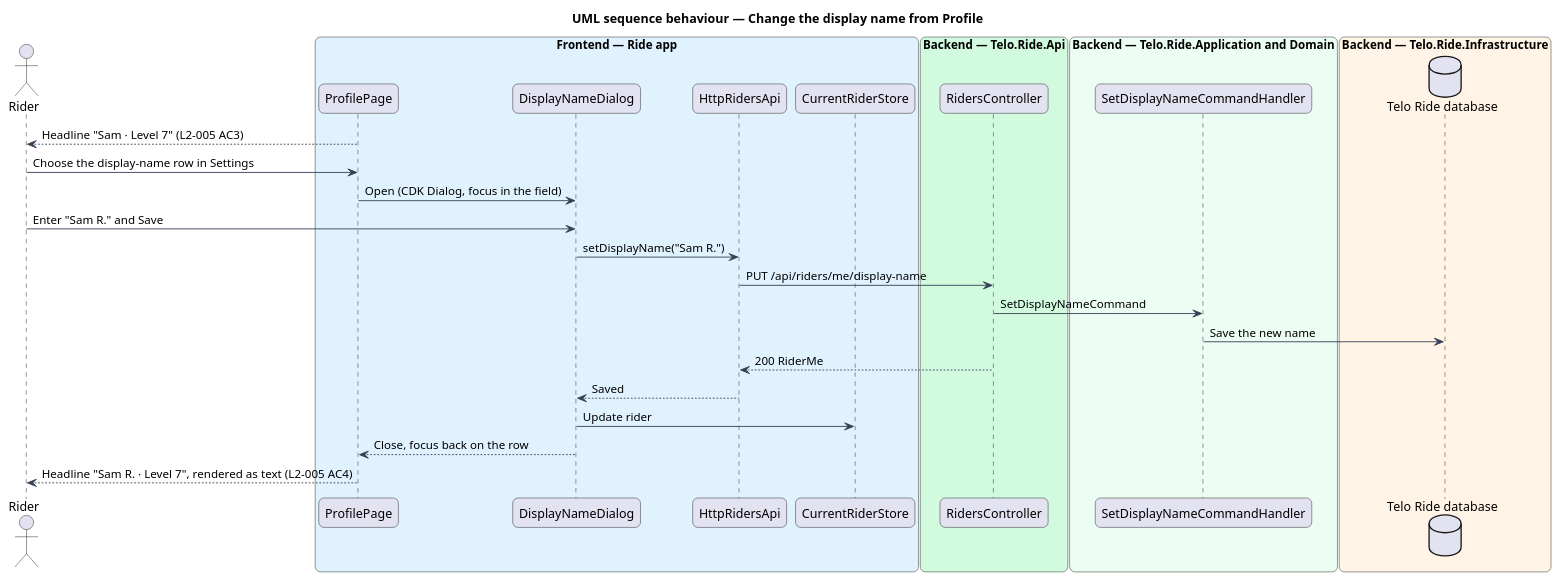
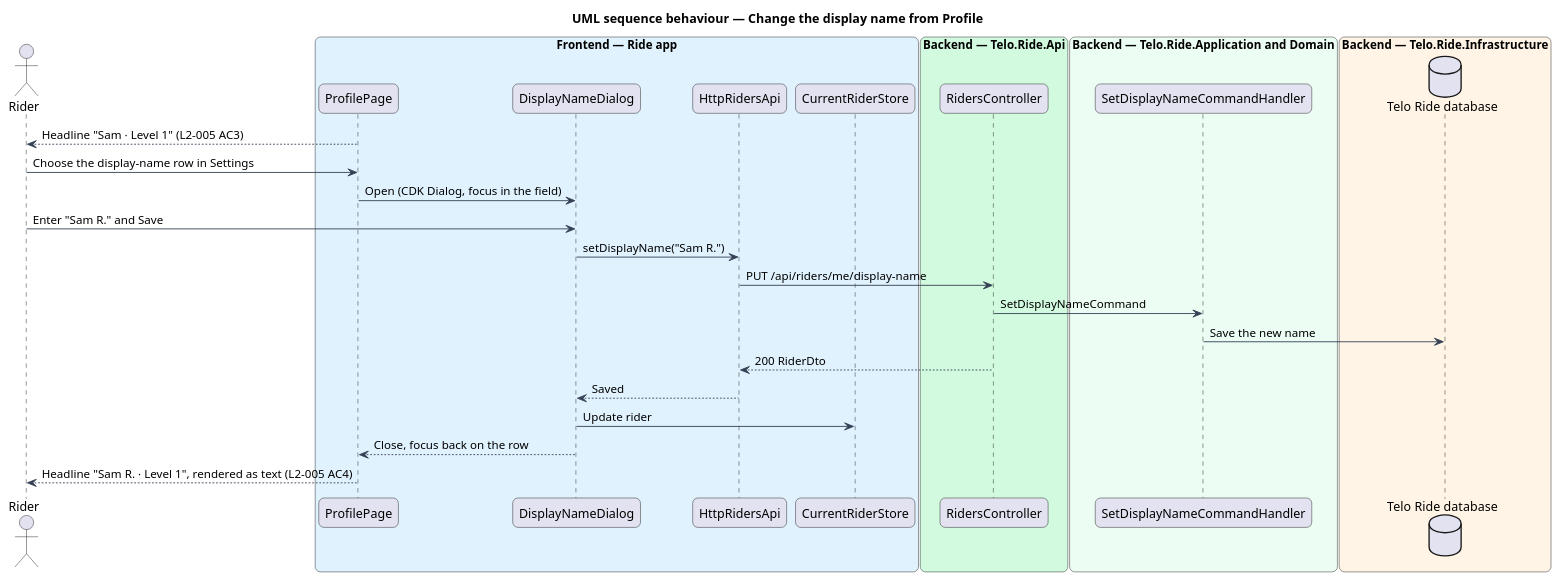
Before and after one commit to QuinntyneBrown/ride-one: the diagram in docs/detailed-designs/accounts/choose-a-display-name/diagrams/sequence-rename-from-profile.puml, drawn with PlantUML. The commit also changed 23 other files, not shown here.

```diff
--- a/docs/detailed-designs/accounts/choose-a-display-name/diagrams/sequence-rename-from-profile.puml
+++ b/docs/detailed-designs/accounts/choose-a-display-name/diagrams/sequence-rename-from-profile.puml
@@ -1,46 +1,46 @@
 @startuml
 title UML sequence behaviour — Change the display name from Profile
 skinparam backgroundColor #FFFFFF
 skinparam shadowing false
 skinparam roundcorner 12
 skinparam defaultFontName Arial
 skinparam ArrowColor #344054
 skinparam rectangle {
   BorderColor #344054
   FontColor #101828
 }
 skinparam package {
   BorderColor #667085
   FontColor #101828
   BackgroundColor #F9FAFB
 }
 actor "Rider" as actor
 box "Frontend — Ride app" #E0F2FE
   participant "ProfilePage" as profile
   participant "DisplayNameDialog" as dialog
   participant "HttpRidersApi" as client
   participant "CurrentRiderStore" as current
 end box
 box "Backend — Telo.Ride.Api" #D1FADF
   participant "RidersController" as ctrl
 end box
 box "Backend — Telo.Ride.Application and Domain" #ECFDF3
   participant "SetDisplayNameCommandHandler" as handler
 end box
 box "Backend — Telo.Ride.Infrastructure" #FFF4E5
   database "Telo Ride database" as db
 end box
-profile --> actor : Headline "Sam · Level 7" (L2-005 AC3)
+profile --> actor : Headline "Sam · Level 1" (L2-005 AC3)
 actor -> profile : Choose the display-name row in Settings
 profile -> dialog : Open (CDK Dialog, focus in the field)
 actor -> dialog : Enter "Sam R." and Save
 dialog -> client : setDisplayName("Sam R.")
 client -> ctrl : PUT /api/riders/me/display-name
 ctrl -> handler : SetDisplayNameCommand
 handler -> db : Save the new name
-ctrl --> client : 200 RiderMe
+ctrl --> client : 200 RiderDto
 client --> dialog : Saved
 dialog -> current : Update rider
 dialog --> profile : Close, focus back on the row
-profile --> actor : Headline "Sam R. · Level 7", rendered as text (L2-005 AC4)
+profile --> actor : Headline "Sam R. · Level 1", rendered as text (L2-005 AC4)
 @enduml
```
